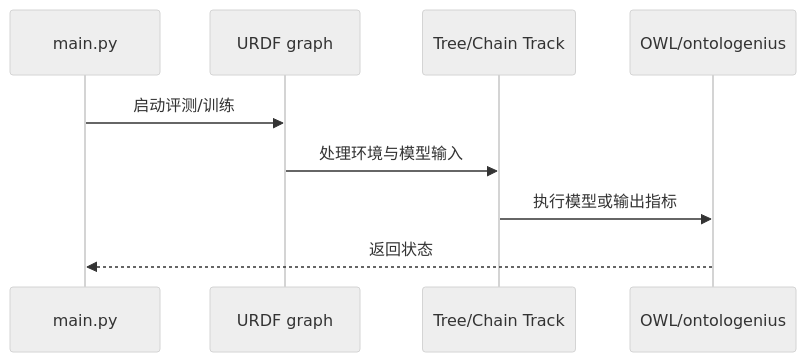
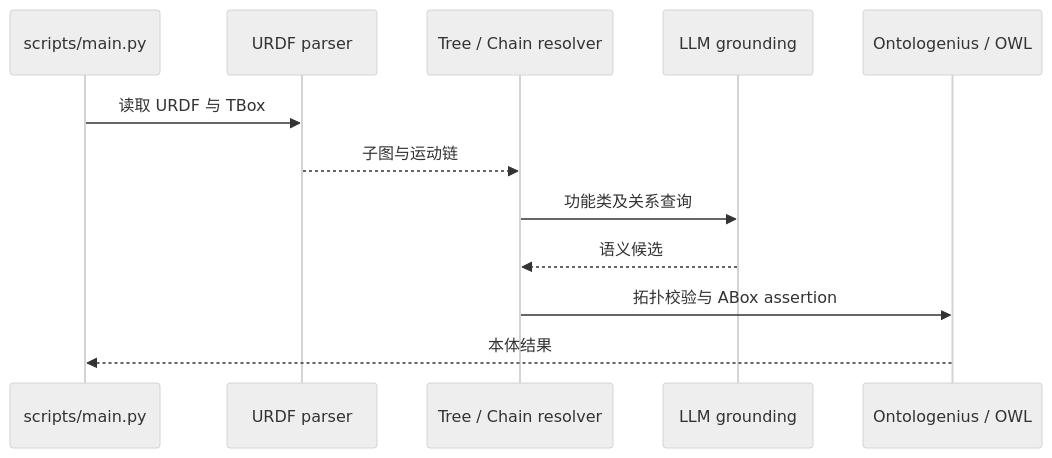
The second of 2 diagrams in wiki/entities/paper-urdf2ontology.md (ImChong/Robotics_Notebooks), drawn with Mermaid (neutral theme) before and after one commit. The commit also changed other lines of this file and 6 other files, not shown here.

`````diff
--- a/wiki/entities/paper-urdf2ontology.md
+++ b/wiki/entities/paper-urdf2ontology.md
@@ -81,11 +81,14 @@
 ```mermaid
 sequenceDiagram
-  participant A0 as main.py
-  participant A1 as URDF graph
-  participant A2 as Tree/Chain Track
-  participant A3 as OWL/ontologenius
-  A0->>A1: 启动评测/训练
-  A1->>A2: 处理环境与模型输入
-  A2->>A3: 执行模型或输出指标
-  A3-->>A0: 返回状态
-````
+  participant CLI as scripts/main.py
+  participant URDF as URDF parser
+  participant Track as Tree / Chain resolver
+  participant LLM as LLM grounding
+  participant OWL as Ontologenius / OWL
+  CLI->>URDF: 读取 URDF 与 TBox
+  URDF-->>Track: 子图与运动链
+  Track->>LLM: 功能类及关系查询
+  LLM-->>Track: 语义候选
+  Track->>OWL: 拓扑校验与 ABox assertion
+  OWL-->>CLI: 本体结果
+```
`````
